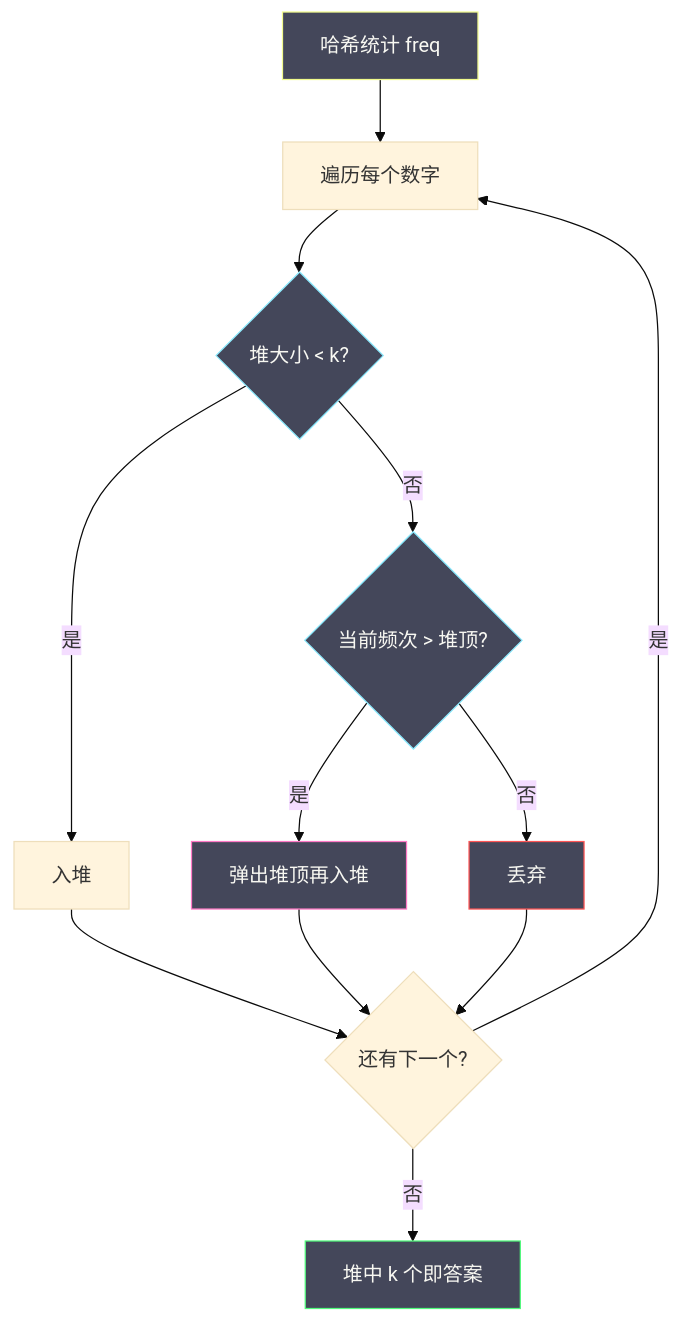
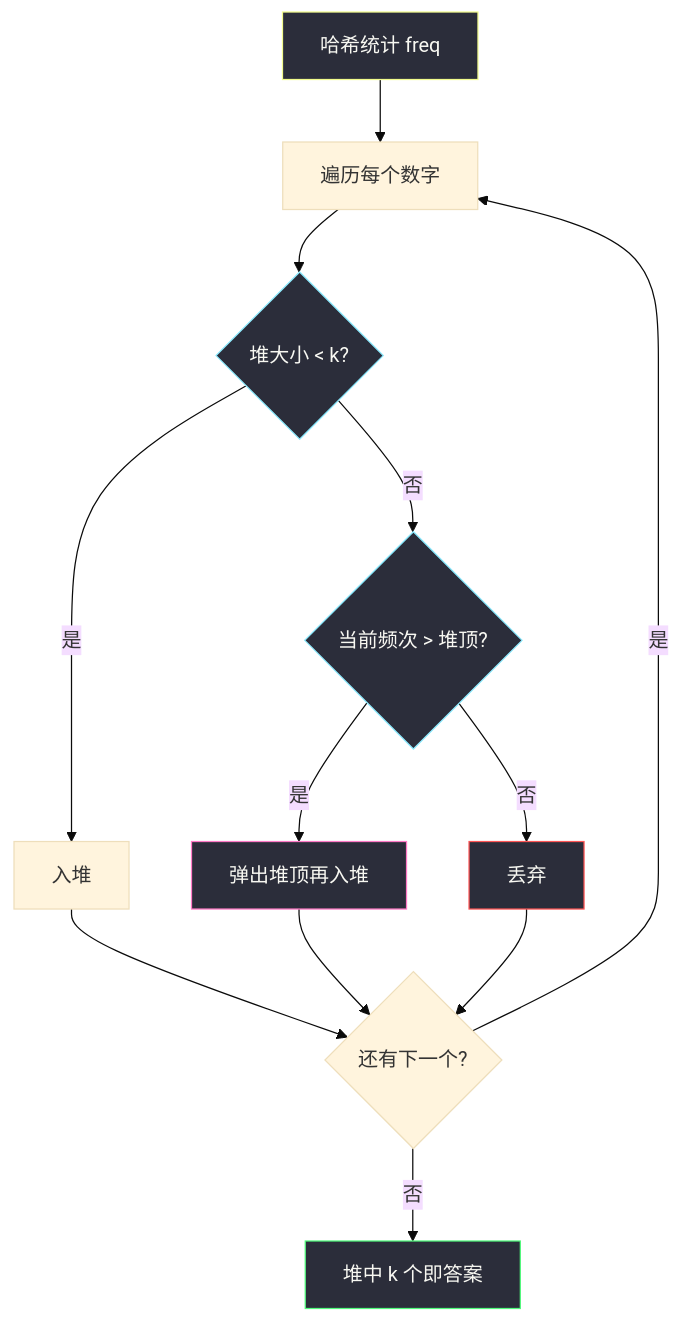
The first of 2 diagrams in solutions/base/top-k-frequent-elements.md (socoo123/algorithm_pratices_web), drawn with Mermaid (base theme) before and after one commit. The commit also changed other lines of this file and 10 other files, not shown here.

First line of the commit message:
Fix Mermaid contrast on parchment theme and add #438 solution.

````diff
--- a/solutions/base/top-k-frequent-elements.md
+++ b/solutions/base/top-k-frequent-elements.md
@@ -78,21 +78,21 @@
 ```mermaid
 flowchart TD
     A["哈希统计 freq"] --> B["遍历每个数字"]
     B --> C{"堆大小 < k?"}
     C -->|是| D["入堆"]
     C -->|否| E{"当前频次 > 堆顶?"}
     E -->|是| F["弹出堆顶再入堆"]
     E -->|否| G["丢弃"]
     D --> H{"还有下一个?"}
     F --> H
     G --> H
     H -->|是| B
     H -->|否| I["堆中 k 个即答案"]
 
-    style A fill:#44475a,stroke:#f1fa8c,color:#f8f8f2
-    style C fill:#44475a,stroke:#8be9fd,color:#f8f8f2
-    style E fill:#44475a,stroke:#8be9fd,color:#f8f8f2
-    style F fill:#44475a,stroke:#ff79c6,color:#f8f8f2
-    style G fill:#44475a,stroke:#ff5555,color:#f8f8f2
-    style I fill:#44475a,stroke:#50fa7b,color:#f8f8f2
+    style A fill:#2b2d3a,stroke:#f1fa8c,color:#f8f8f2
+    style C fill:#2b2d3a,stroke:#8be9fd,color:#f8f8f2
+    style E fill:#2b2d3a,stroke:#8be9fd,color:#f8f8f2
+    style F fill:#2b2d3a,stroke:#ff79c6,color:#f8f8f2
+    style G fill:#2b2d3a,stroke:#ff5555,color:#f8f8f2
+    style I fill:#2b2d3a,stroke:#50fa7b,color:#f8f8f2
 ```
````
